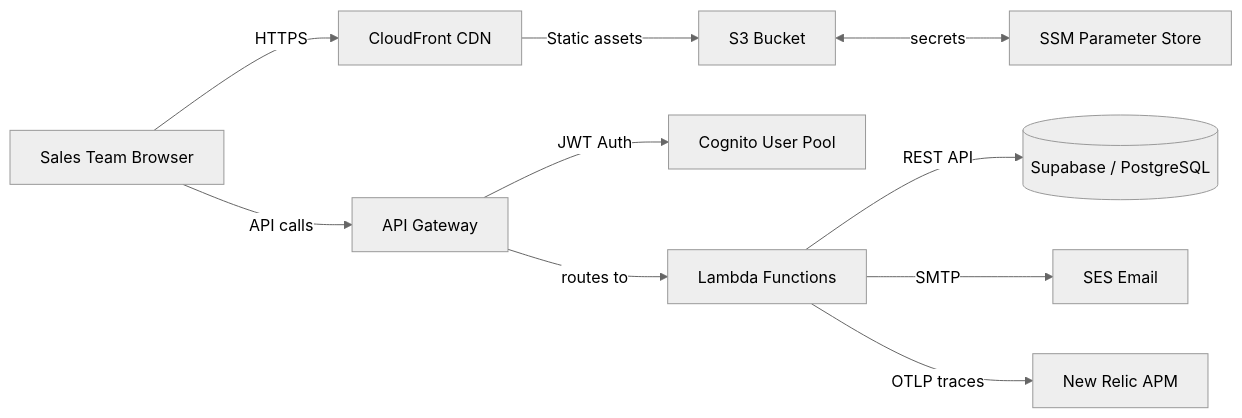
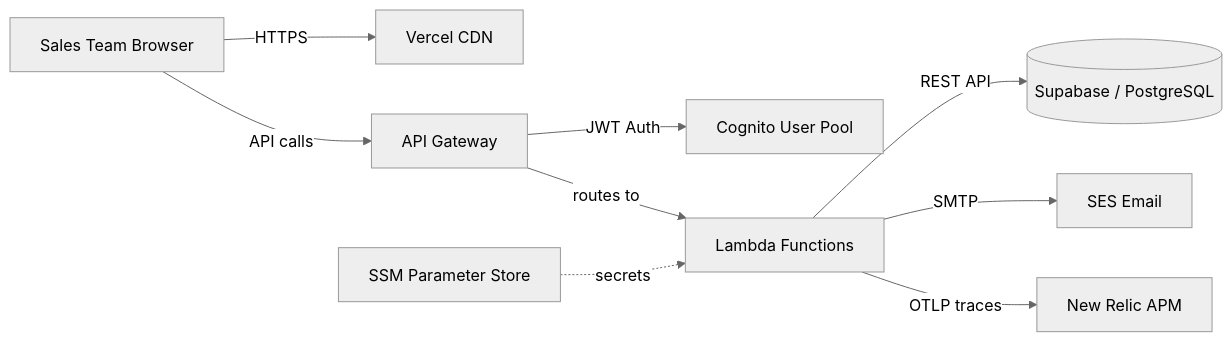
One commit to Stellar-Global-Supplies/stellarglobalsupplies-quote changed the diagram in docs/architecture/sgs-quote-app-architecture.md. Above: the diagram before and after it, drawn with Mermaid (neutral theme). The commit also changed other lines of this file and 47 other files, not shown here.

````diff
--- a/docs/architecture/sgs-quote-app-architecture.md
+++ b/docs/architecture/sgs-quote-app-architecture.md
@@ -20,12 +20,11 @@
 ```mermaid
 flowchart LR
-    Browser[Sales Team Browser] -->|HTTPS| CF[CloudFront CDN]
-    CF -->|Static assets| S3[S3 Bucket]
+    Browser[Sales Team Browser] -->|HTTPS| Vercel[Vercel CDN]
     Browser -->|API calls| AG[API Gateway]
     AG -->|JWT Auth| Cognito[Cognito User Pool]
     AG -->|routes to| Lambda[Lambda Functions]
     Lambda -->|REST API| Supabase[(Supabase / PostgreSQL)] 
     Lambda -->|SMTP| SES[SES Email]
     Lambda -->|OTLP traces| NR[New Relic APM]
-    S3 <-->|secrets| SSM[SSM Parameter Store]
+    SSM[SSM Parameter Store] -.->|secrets| Lambda
 ```
````
